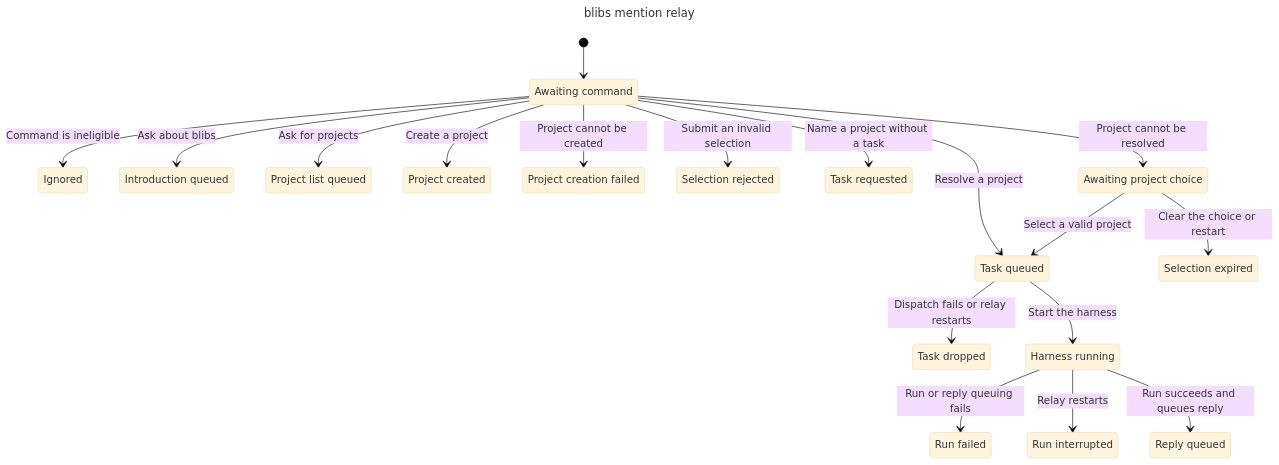
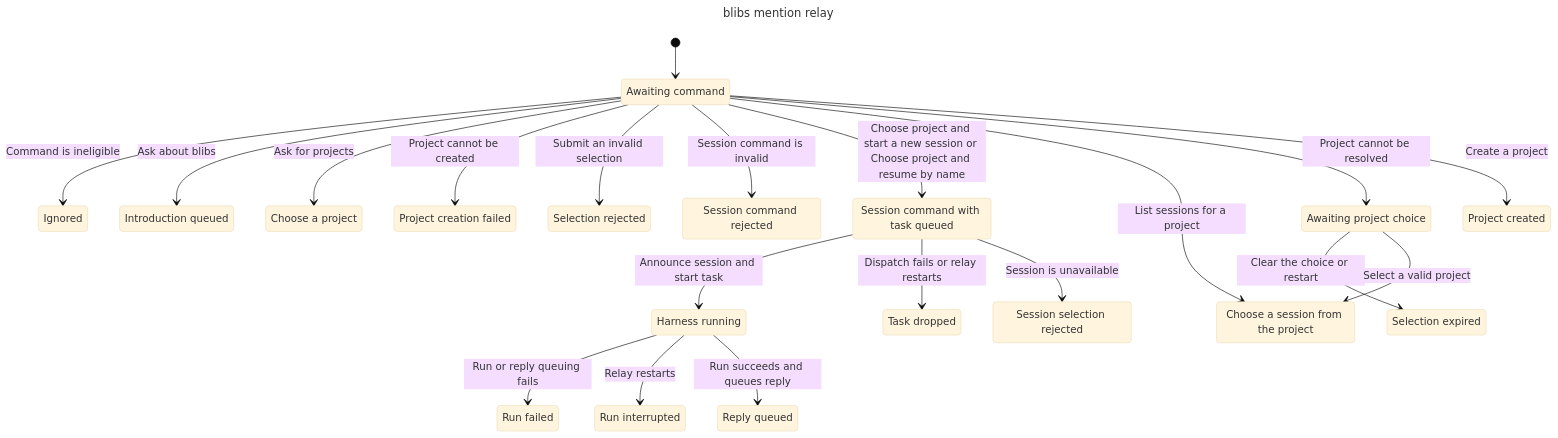
One commit to gurjas-s/blibs changed the second of 2 diagrams in tests/specs/MentionRelay.chart.md. Above: the diagram before and after it, drawn with Mermaid (base theme). The commit also changed other lines of this file and 18 other files, not shown here.

First line of the commit message:
Add named OpenCode sessions per project (#52)

````diff
--- a/tests/specs/MentionRelay.chart.md
+++ b/tests/specs/MentionRelay.chart.md
@@ -5,39 +21,43 @@
 ```mermaid
 ---
 title: "blibs mention relay"
 ---
 stateDiagram-v2
   s0: Awaiting command
   s1: Ignored
   s2: Introduction queued
-  s3: Project list queued
-  s4: Project created
-  s5: Project creation failed
-  s6: Selection rejected
-  s7: Task requested
-  s8: Task queued
+  s3: Choose a project
+  s4: Project creation failed
+  s5: Selection rejected
+  s6: Session command rejected
+  s7: Session command with task queued
+  s8: Choose a session from the project
   s9: Awaiting project choice
-  s10: Task dropped
-  s11: Selection expired
-  s12: Harness running
-  s13: Run failed
-  s14: Run interrupted
-  s15: Reply queued
+  s10: Harness running
+  s11: Project created
+  s12: Task dropped
+  s13: Selection expired
+  s14: Session selection rejected
+  s15: Run failed
+  s16: Run interrupted
+  s17: Reply queued
   [*] --> s0
   s0 --> s1: Command is ineligible
   s0 --> s2: Ask about blibs
   s0 --> s3: Ask for projects
-  s0 --> s4: Create a project
-  s0 --> s5: Project cannot be created
-  s0 --> s6: Submit an invalid selection
-  s0 --> s7: Name a project without a task
-  s0 --> s8: Resolve a project
+  s0 --> s4: Project cannot be created
+  s0 --> s5: Submit an invalid selection
+  s0 --> s6: Session command is invalid
+  s0 --> s7: Choose project and start a new session or Choose project and resume by name
+  s0 --> s8: List sessions for a project
   s0 --> s9: Project cannot be resolved
-  s8 --> s10: Dispatch fails or relay restarts
-  s8 --> s12: Start the harness
-  s9 --> s11: Clear the choice or restart
+  s7 --> s10: Announce session and start task
+  s7 --> s12: Dispatch fails or relay restarts
+  s7 --> s14: Session is unavailable
+  s9 --> s13: Clear the choice or restart
   s9 --> s8: Select a valid project
-  s12 --> s13: Run or reply queuing fails
-  s12 --> s14: Relay restarts
-  s12 --> s15: Run succeeds and queues reply
+  s0 --> s11: Create a project
+  s10 --> s15: Run or reply queuing fails
+  s10 --> s16: Relay restarts
+  s10 --> s17: Run succeeds and queues reply
 ```
````
